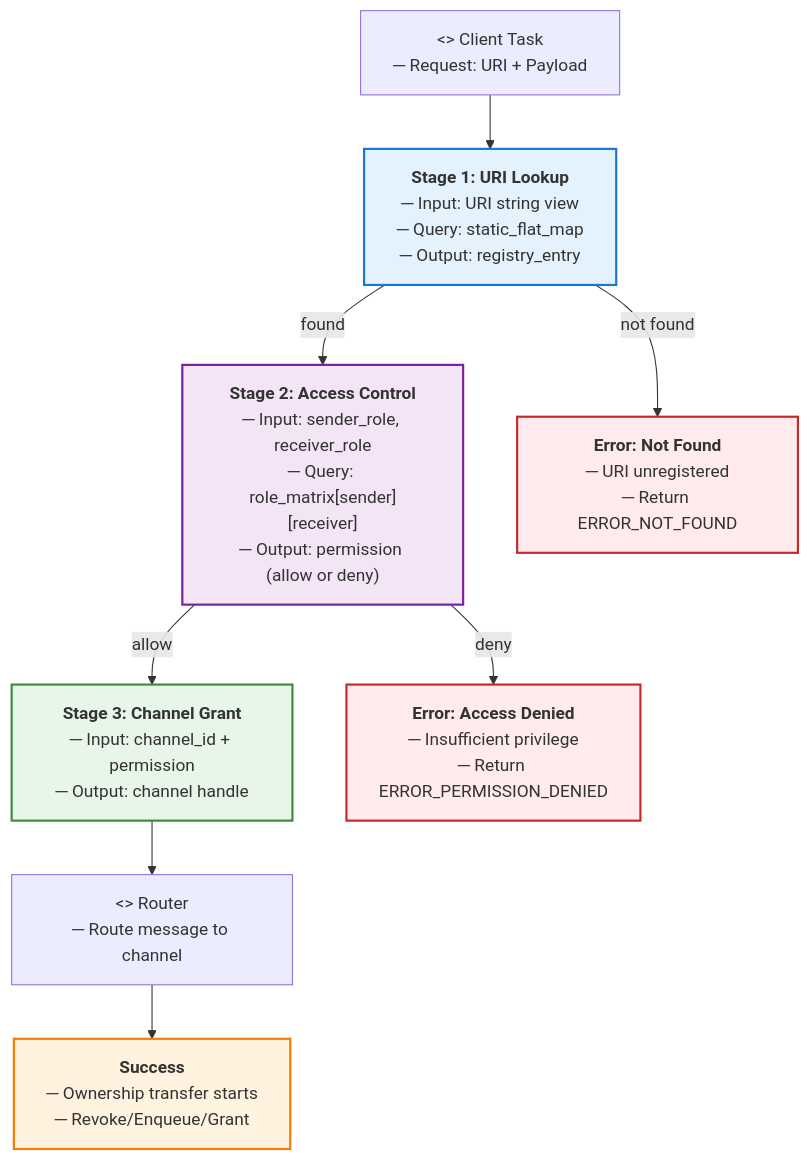
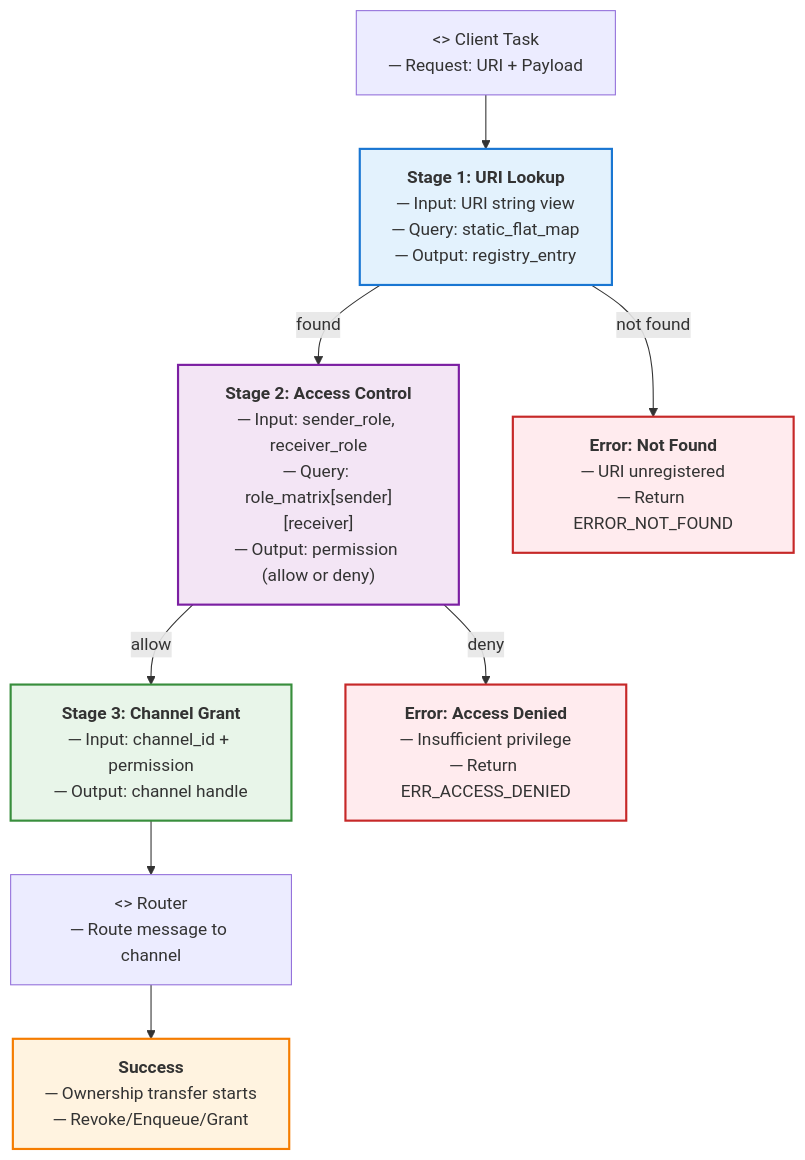
The second of 6 diagrams in docs/components/tier1_interface/ipc_router.md (kmt-t/fireball), drawn with Mermaid before and after one commit. The commit also changed other lines of this file and 8 other files, not shown here.

````diff
--- a/docs/components/tier1_interface/ipc_router.md
+++ b/docs/components/tier1_interface/ipc_router.md
@@ -118,33 +118,33 @@
 ```mermaid
 graph TD
     Client["<<block>> Client Task<br/>─ Request: URI + Payload"]
     
     Lookup["<b>Stage 1: URI Lookup</b><br/>─ Input: URI string view<br/>─ Query: static_flat_map<br/>─ Output: registry_entry"]
     
     ACCheck["<b>Stage 2: Access Control</b><br/>─ Input: sender_role, receiver_role<br/>─ Query: role_matrix[sender][receiver]<br/>─ Output: permission (allow or deny)"]
     
     ChGrant["<b>Stage 3: Channel Grant</b><br/>─ Input: channel_id + permission<br/>─ Output: channel handle"]
     
     Router["<<block>> Router<br/>─ Route message to channel"]
     
     Error1["<b>Error: Not Found</b><br/>─ URI unregistered<br/>─ Return ERROR_NOT_FOUND"]
     
-    Error2["<b>Error: Access Denied</b><br/>─ Insufficient privilege<br/>─ Return ERROR_PERMISSION_DENIED"]
+    Error2["<b>Error: Access Denied</b><br/>─ Insufficient privilege<br/>─ Return ERR_ACCESS_DENIED"]
     
     Success["<b>Success</b><br/>─ Ownership transfer starts<br/>─ Revoke/Enqueue/Grant"]
     
     Client --> Lookup
     Lookup -->|found| ACCheck
     Lookup -->|not found| Error1
     ACCheck -->|allow| ChGrant
     ACCheck -->|deny| Error2
     ChGrant --> Router
     Router --> Success
     
     style Lookup fill:#e3f2fd,stroke:#1976d2,stroke-width:2px
     style ACCheck fill:#f3e5f5,stroke:#7b1fa2,stroke-width:2px
     style ChGrant fill:#e8f5e9,stroke:#388e3c,stroke-width:2px
     style Success fill:#fff3e0,stroke:#f57c00,stroke-width:2px
     style Error1 fill:#ffebee,stroke:#c62828,stroke-width:2px
     style Error2 fill:#ffebee,stroke:#c62828,stroke-width:2px
 ```
````
